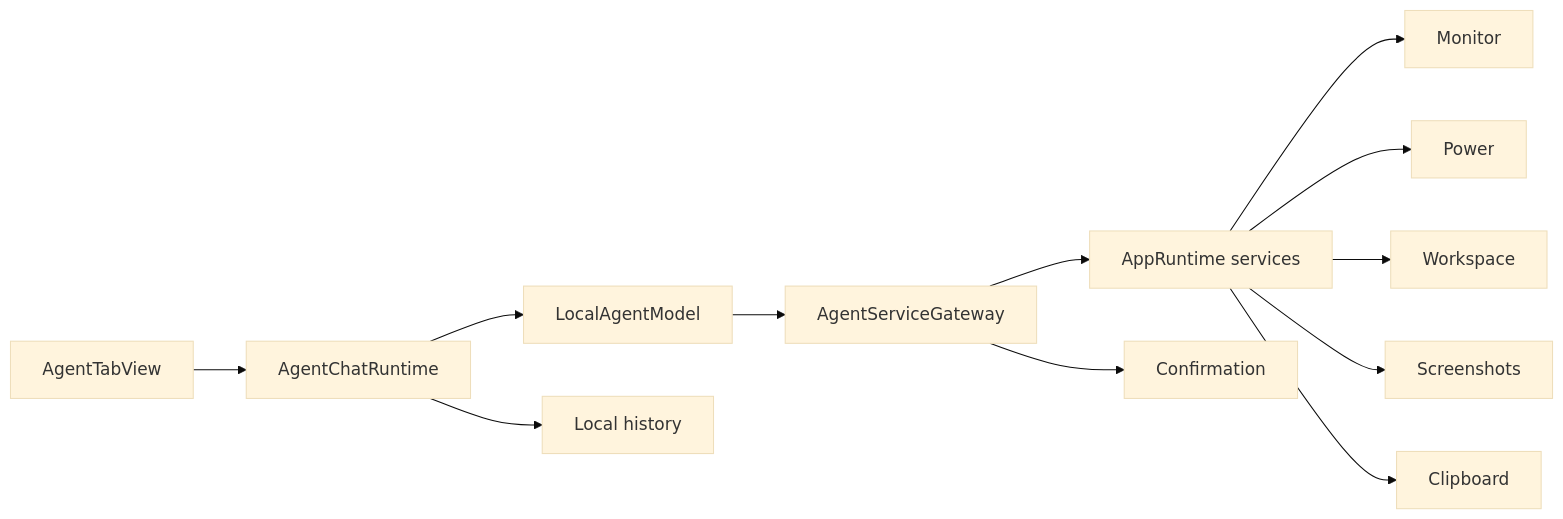
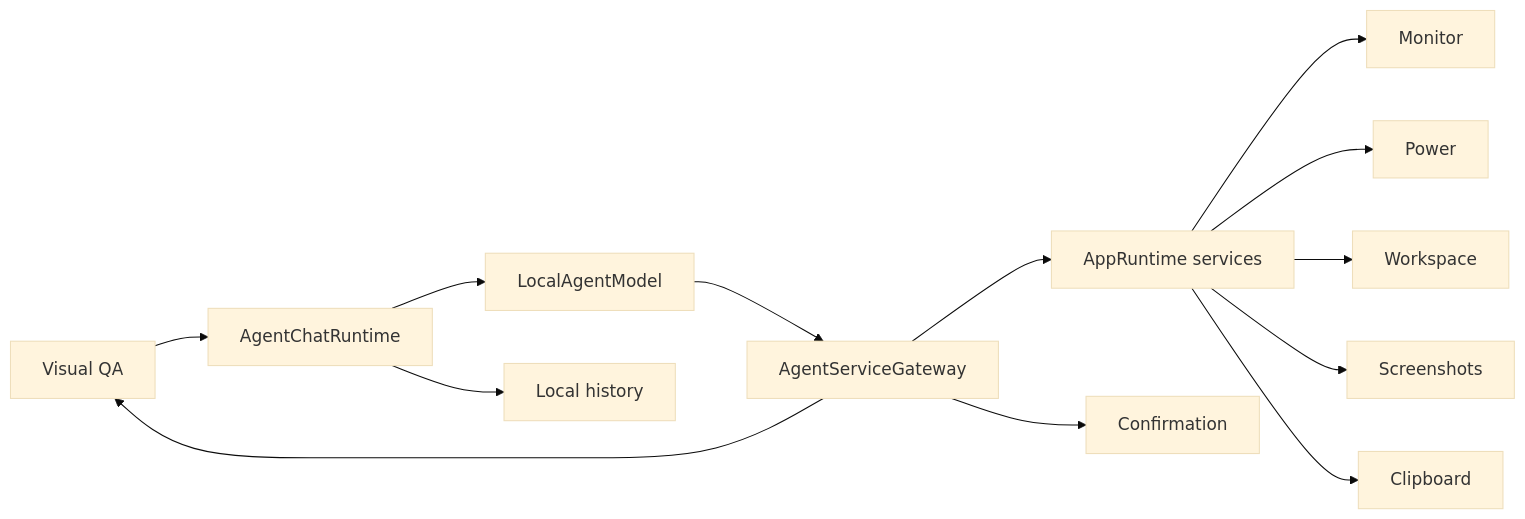
The first of 2 diagrams in docs/research/local-agent/solution.md (wyz541/kmp-Covio), drawn with Mermaid (base theme) before and after one commit. The commit also changed other lines of this file and 11 other files, not shown here.

````diff
--- a/docs/research/local-agent/solution.md
+++ b/docs/research/local-agent/solution.md
@@ -5,14 +5,15 @@
 ```mermaid
 flowchart LR
   V["AgentTabView"] --> R["AgentChatRuntime"]
   R --> L["LocalAgentModel"]
   L --> G["AgentServiceGateway"]
   G --> S["AppRuntime services"]
   G --> C["Confirmation"]
   R --> D["Local history"]
   S --> M["Monitor"]
   S --> P["Power"]
   S --> W["Workspace"]
   S --> H["Screenshots"]
   S --> B["Clipboard"]
+  G --> V["Visual QA"]
 ```
````
